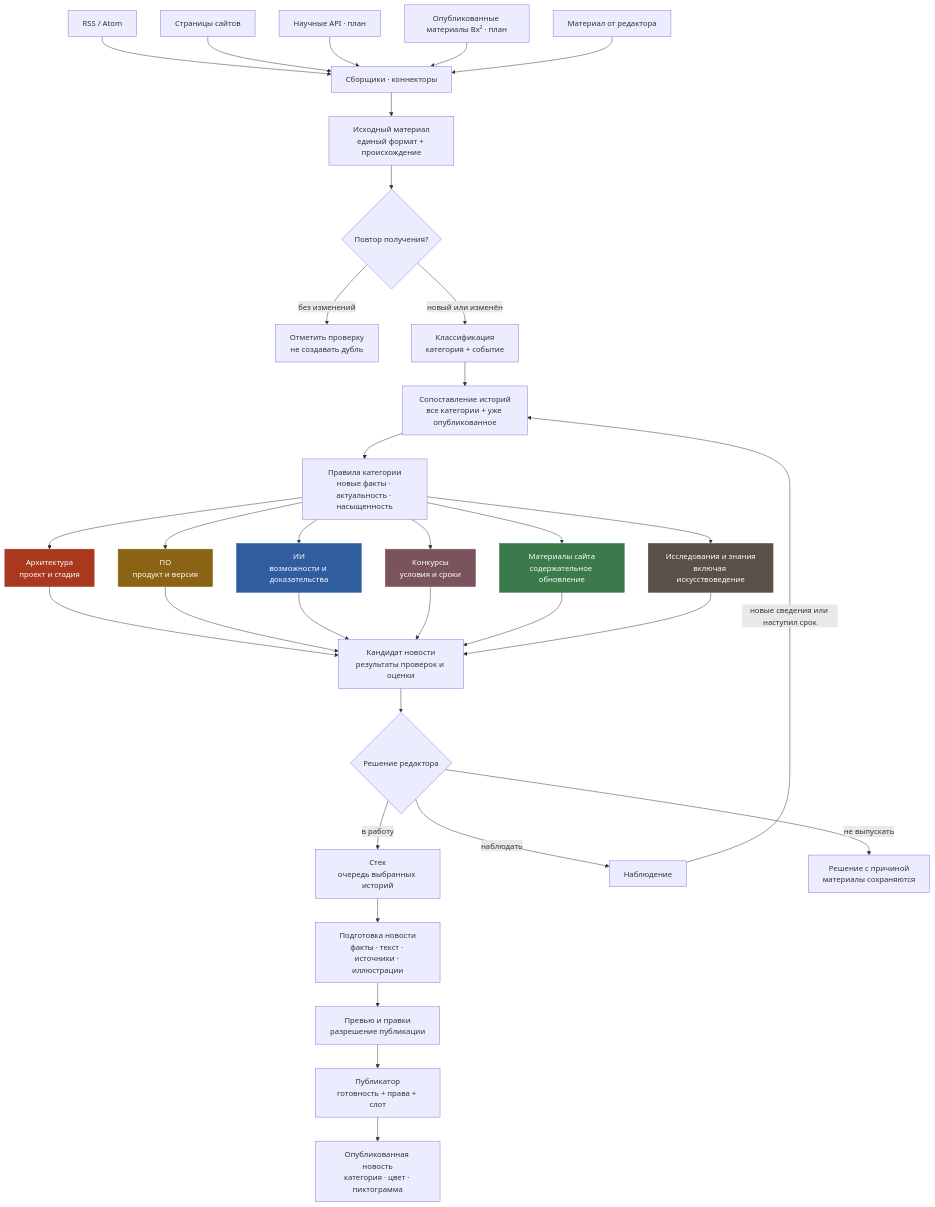
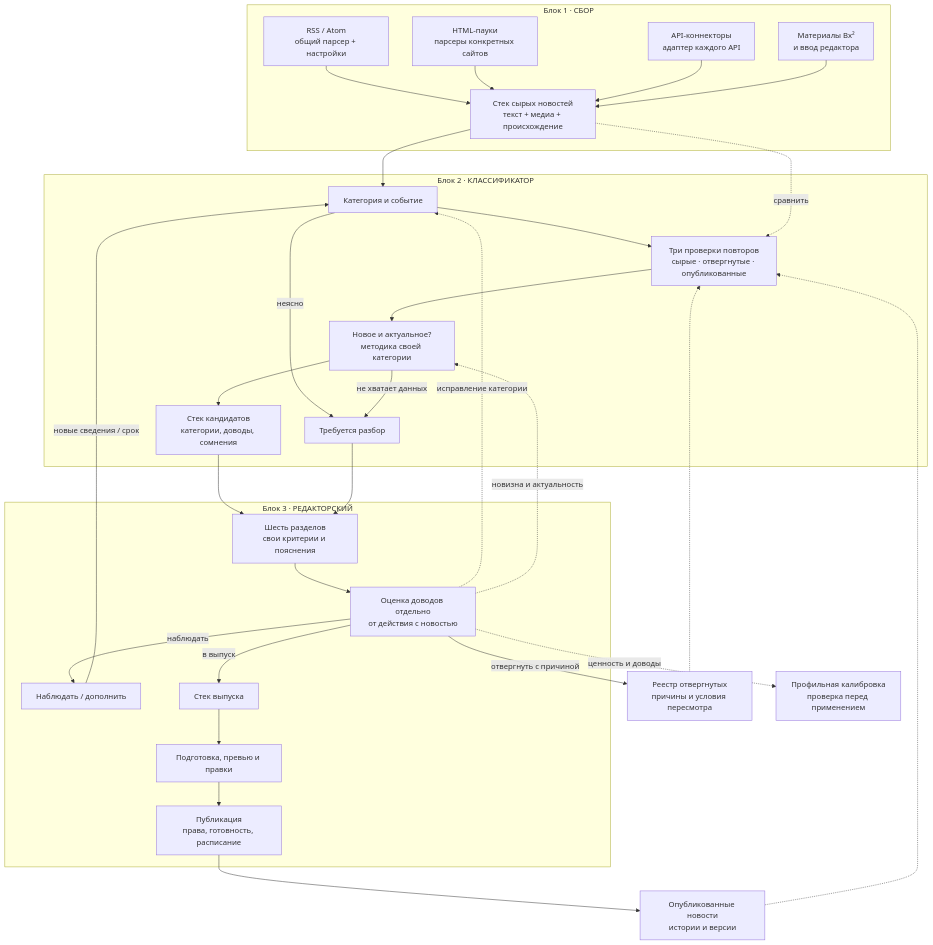
One commit to softom/2vhutemas2 changed the diagram in WIKI/Новости — схема конвейера и план внедрения.md. Above: the diagram before and after it, drawn with Mermaid. The commit also changed other lines of this file and 5 other files, not shown here.

````diff
--- a/WIKI/Новости — схема конвейера и план внедрения.md
+++ b/WIKI/Новости — схема конвейера и план внедрения.md
@@ -15,47 +15,43 @@
 ```mermaid
 flowchart TD
-    R["RSS / Atom"] --> C["Сборщики · коннекторы"]
-    H["Страницы сайтов"] --> C
-    A["Научные API · план"] --> C
-    S["Опубликованные материалы Вх² · план"] --> C
-    U["Материал от редактора"] --> C
-    C --> M["Исходный материал<br/>единый формат + происхождение"]
-    M --> D{"Повтор получения?"}
-    D -->|"без изменений"| L["Отметить проверку<br/>не создавать дубль"]
-    D -->|"новый или изменён"| K["Классификация<br/>категория + событие"]
-    K --> I["Сопоставление историй<br/>все категории + уже опубликованное"]
-    I --> P["Правила категории<br/>новые факты · актуальность · насыщенность"]
-    P --> B["Архитектура<br/>проект и стадия"]
-    P --> W["ПО<br/>продукт и версия"]
-    P --> N["ИИ<br/>возможности и доказательства"]
-    P --> T["Конкурсы<br/>условия и сроки"]
-    P --> V["Материалы сайта<br/>содержательное обновление"]
-    P --> Q["Исследования и знания<br/>включая искусствоведение"]
-    B --> E["Кандидат новости<br/>результаты проверок и оценки"]
-    W --> E
-    N --> E
-    T --> E
-    V --> E
-    Q --> E
-    E --> F{"Решение редактора"}
-    F -->|"в работу"| ST["Стек<br/>очередь выбранных историй"]
-    F -->|"наблюдать"| O["Наблюдение"]
-    F -->|"не выпускать"| X["Решение с причиной<br/>материалы сохраняются"]
-    O -->|"новые сведения или наступил срок"| I
-    ST --> DR["Подготовка новости<br/>факты · текст · источники · иллюстрации"]
-    DR --> PR["Превью и правки<br/>разрешение публикации"]
-    PR --> PUB["Публикатор<br/>готовность + права + слот"]
-    PUB --> NEWS["Опубликованная новость<br/>категория · цвет · пиктограмма"]
-    classDef architecture fill:#A9381F,color:#fff,stroke:#A9381F;
-    classDef software fill:#8A6414,color:#fff,stroke:#8A6414;
-    classDef ai fill:#2F5D9E,color:#fff,stroke:#2F5D9E;
-    classDef competition fill:#79545C,color:#fff,stroke:#79545C;
-    classDef own fill:#3C7A4B,color:#fff,stroke:#3C7A4B;
-    classDef knowledge fill:#5A5047,color:#fff,stroke:#5A5047;
-    class B architecture;
-    class W software;
-    class N ai;
-    class T competition;
-    class V own;
-    class Q knowledge;
+    subgraph B1["Блок 1 · СБОР"]
+        R["RSS / Atom<br/>общий парсер + настройки"] --> RAW
+        H["HTML-пауки<br/>парсеры конкретных сайтов"] --> RAW
+        A["API-коннекторы<br/>адаптер каждого API"] --> RAW
+        S["Материалы Вх²<br/>и ввод редактора"] --> RAW
+        RAW["Стек сырых новостей<br/>текст + медиа + происхождение"]
+    end
+    subgraph B2["Блок 2 · КЛАССИФИКАТОР"]
+        K["Категория и событие"]
+        D["Три проверки повторов<br/>сырые · отвергнутые · опубликованные"]
+        F["Новое и актуальное?<br/>методика своей категории"]
+        CAND["Стек кандидатов<br/>категории, доводы, сомнения"]
+        REVIEW["Требуется разбор"]
+        K --> D --> F --> CAND
+        K -->|"неясно"| REVIEW
+        F -->|"не хватает данных"| REVIEW
+    end
+    RAW --> K
+    RAW -.->|"сравнить"| D
+    REJECT["Реестр отвергнутых<br/>причины и условия пересмотра"] -.-> D
+    PUBLIC["Опубликованные новости<br/>истории и версии"] -.-> D
+    subgraph B3["Блок 3 · РЕДАКТОРСКИЙ"]
+        UI["Шесть разделов<br/>свои критерии и пояснения"]
+        J["Оценка доводов отдельно<br/>от действия с новостью"]
+        OBS["Наблюдать / дополнить"]
+        QUEUE["Стек выпуска"]
+        PREP["Подготовка, превью и правки"]
+        PUB["Публикация<br/>права, готовность, расписание"]
+        UI --> J
+        J -->|"в выпуск"| QUEUE --> PREP --> PUB
+        J -->|"наблюдать"| OBS
+    end
+    CAND --> UI
+    REVIEW --> UI
+    J -->|"отвергнуть с причиной"| REJECT
+    OBS -->|"новые сведения / срок"| K
+    PUB --> PUBLIC
+    J -.->|"исправление категории"| K
+    J -.->|"новизна и актуальность"| F
+    J -.->|"ценность и доводы"| LEARN["Профильная калибровка<br/>проверка перед применением"]
 ```
````
